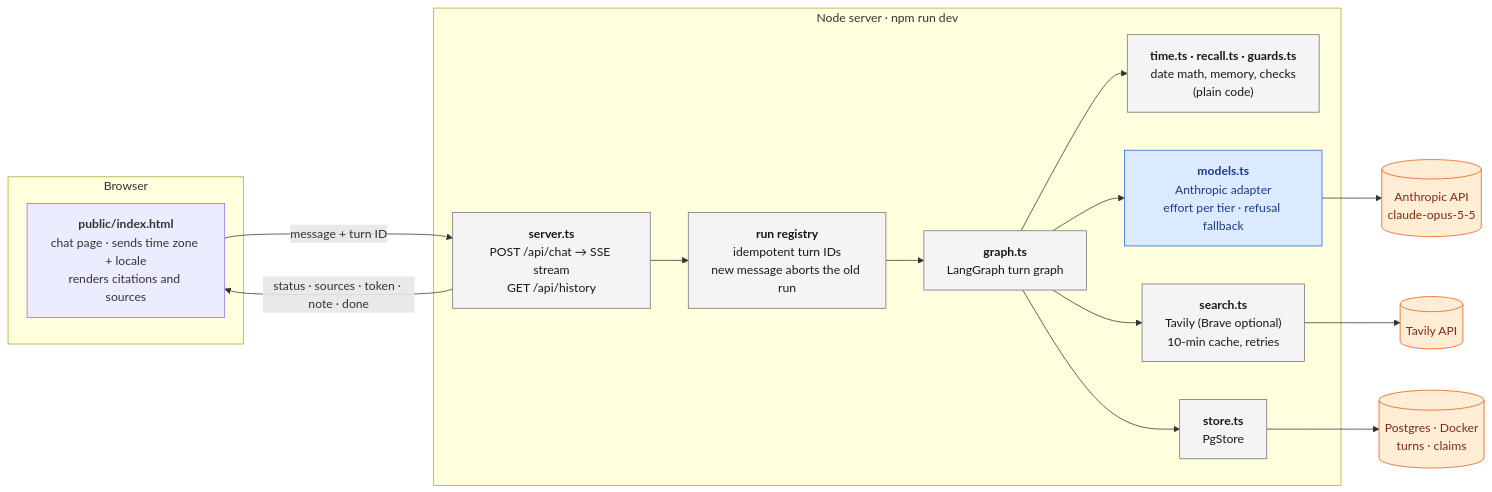
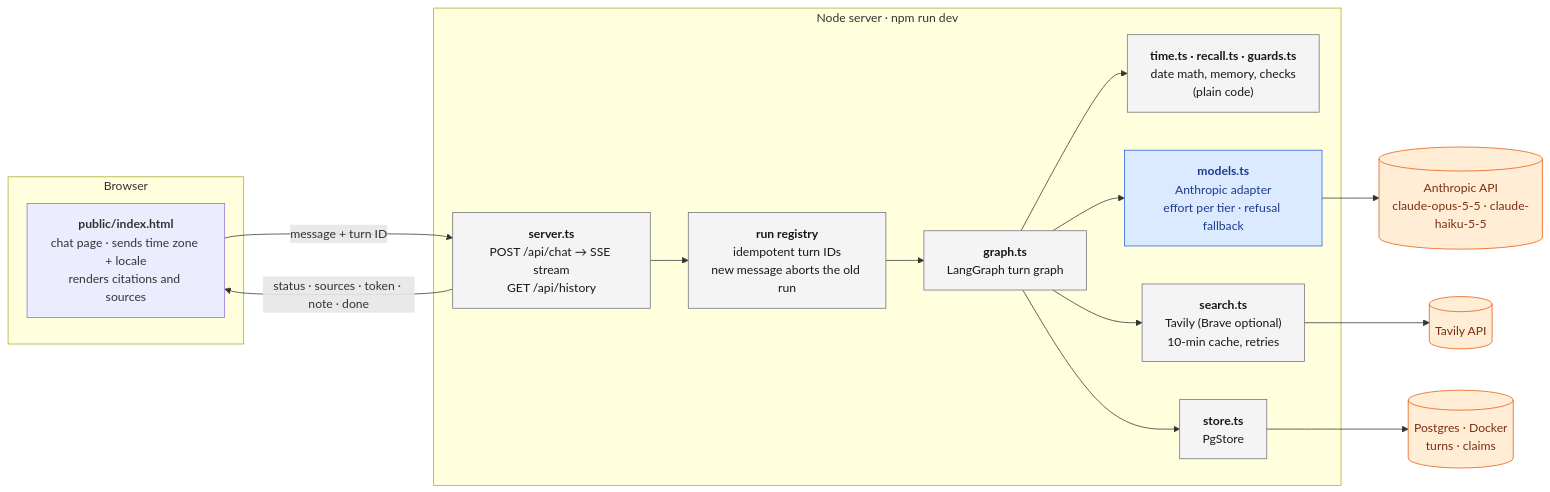
One commit to sreenivasivbieb/mimo changed the first of 2 diagrams in README.md. Above: the diagram before and after it, drawn with Mermaid. The commit also changed other lines of this file and 11 other files, not shown here.

````diff
--- a/README.md
+++ b/README.md
@@ -37,35 +37,35 @@
 ```mermaid
 flowchart LR
   subgraph browser["Browser"]
     ui["<b>public/index.html</b><br/>chat page · sends time zone + locale<br/>renders citations and sources"]
   end
 
   subgraph server["Node server · npm run dev"]
     http["<b>server.ts</b><br/>POST /api/chat → SSE stream<br/>GET /api/history"]
     runs["<b>run registry</b><br/>idempotent turn IDs<br/>new message aborts the old run"]
     turngraph["<b>graph.ts</b><br/>LangGraph turn graph"]
     logic["<b>time.ts · recall.ts · guards.ts</b><br/>date math, memory, checks<br/>(plain code)"]
     models["<b>models.ts</b><br/>Anthropic adapter<br/>effort per tier · refusal fallback"]
     search["<b>search.ts</b><br/>Tavily (Brave optional)<br/>10-min cache, retries"]
     store["<b>store.ts</b><br/>PgStore"]
   end
 
-  claude[("Anthropic API<br/>claude-opus-5-5")]
+  claude[("Anthropic API<br/>claude-opus-5-5 · claude-haiku-5-5")]
   tavily[("Tavily API")]
   pg[("Postgres · Docker<br/>turns · claims")]
 
   ui -- "message + turn ID" --> http
   http -- "status · sources · token · note · done" --> ui
   http --> runs --> turngraph
   turngraph --> logic
   turngraph --> models --> claude
   turngraph --> search --> tavily
   turngraph --> store --> pg
 
   classDef code fill:#f4f4f5,stroke:#71717a,color:#18181b
   classDef model fill:#dbeafe,stroke:#2563eb,color:#1e3a8a
   classDef data fill:#ffedd5,stroke:#ea580c,color:#7c2d12
   class http,runs,turngraph,logic,search,store code
   class models model
   class claude,tavily,pg data
 ```
````
